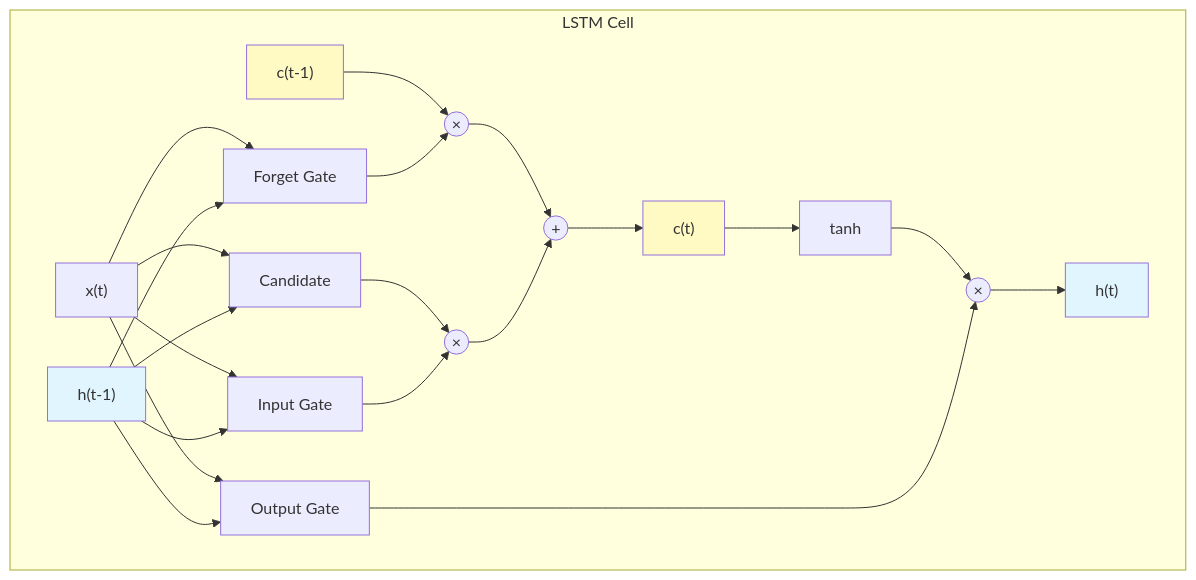
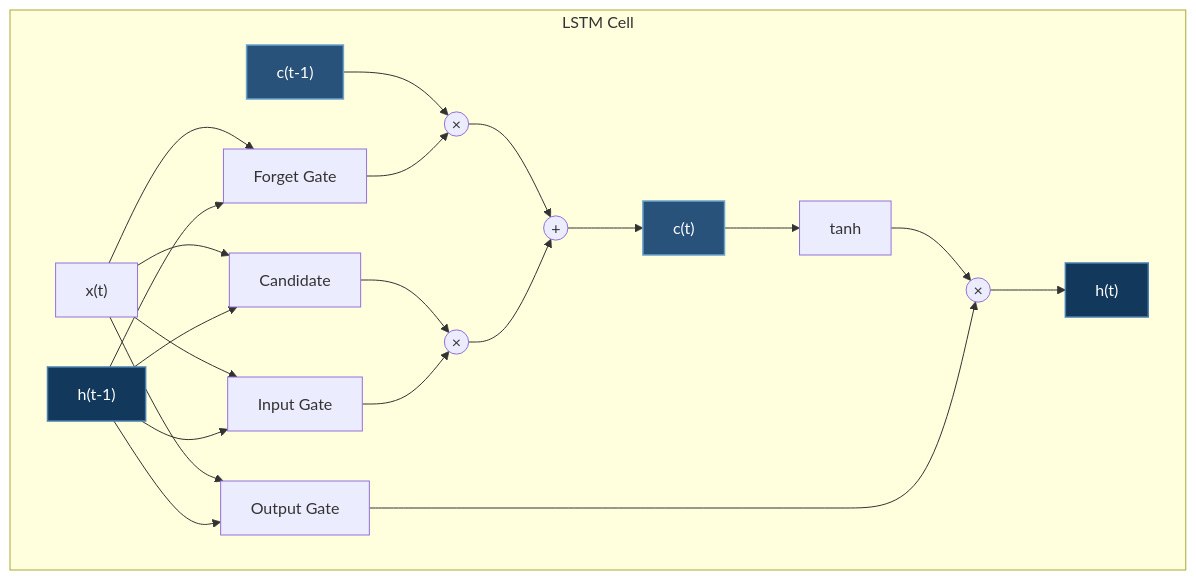
Before and after one commit to yiqiao-yin/deepspeed-course: the ninth of 14 diagrams in docusaurus-docs/docs/tutorials/basic/rnn.md, drawn with Mermaid. The commit also changed other lines of this file and 12 other files, not shown here.

````diff
--- a/docusaurus-docs/docs/tutorials/basic/rnn.md
+++ b/docusaurus-docs/docs/tutorials/basic/rnn.md
@@ -510,34 +510,34 @@
 ```mermaid
 graph TB
     subgraph "LSTM Cell"
         XT["x(t)"] --> FG["Forget Gate"]
         XT --> IG["Input Gate"]
         XT --> OG["Output Gate"]
         XT --> CG["Candidate"]
 
         HT1["h(t-1)"] --> FG
         HT1 --> IG
         HT1 --> OG
         HT1 --> CG
 
         CT1["c(t-1)"] --> MUL1(("×"))
         FG --> MUL1
 
         CG --> MUL2(("×"))
         IG --> MUL2
 
         MUL1 --> ADD((+))
         MUL2 --> ADD
         ADD --> CT["c(t)"]
 
         CT --> TANH["tanh"]
         TANH --> MUL3(("×"))
         OG --> MUL3
         MUL3 --> HT["h(t)"]
     end
 
-    style CT fill:#fff9c4
-    style CT1 fill:#fff9c4
-    style HT fill:#e1f5fe
-    style HT1 fill:#e1f5fe
+    style CT fill:#28527a,stroke:#6aa2cd,stroke-width:1.5px,color:#ffffff
+    style CT1 fill:#28527a,stroke:#6aa2cd,stroke-width:1.5px,color:#ffffff
+    style HT fill:#12395c,stroke:#4a7fb0,stroke-width:1.5px,color:#ffffff
+    style HT1 fill:#12395c,stroke:#4a7fb0,stroke-width:1.5px,color:#ffffff
 ```
````
